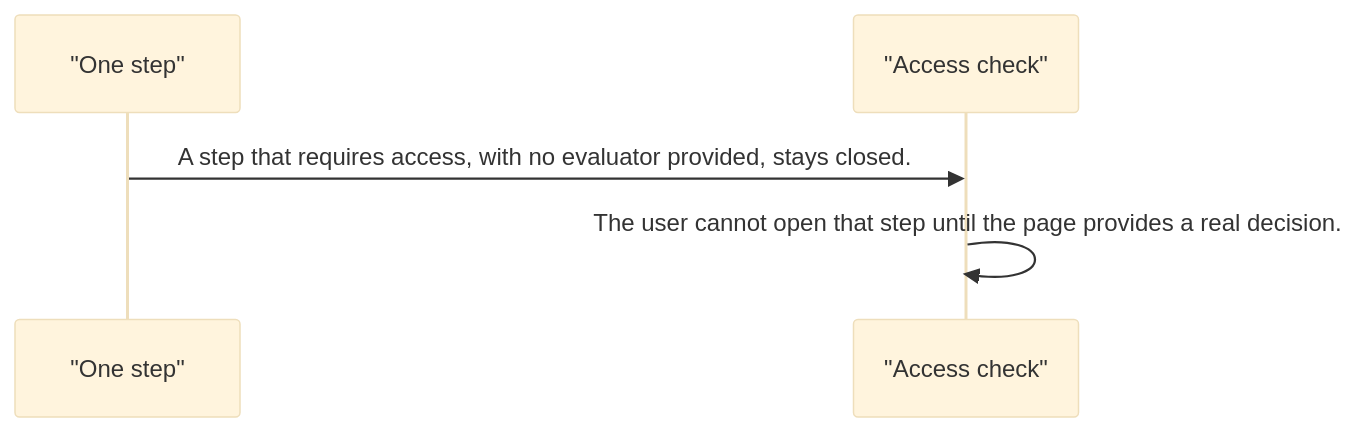
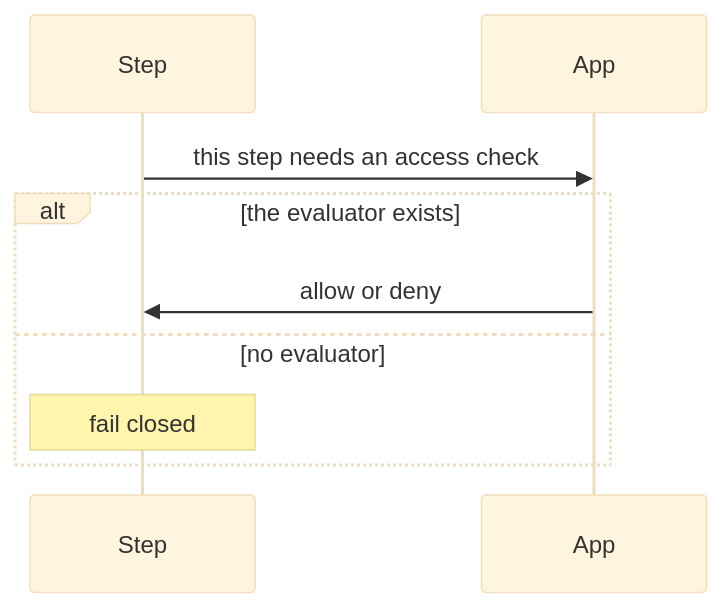
One commit to RajshekharBorate/pixel-ui changed the fourth of 4 diagrams in projects/pixel-ui/src/lib/pixel-stepper/DESIGN.md. Above: the diagram before and after it, drawn with Mermaid (base theme). The commit also changed other lines of this file and 73 other files, not shown here.

Commit message:
Explain who owns each value and what each flow does in every component and service design.

````diff
--- a/projects/pixel-ui/src/lib/pixel-stepper/DESIGN.md
+++ b/projects/pixel-ui/src/lib/pixel-stepper/DESIGN.md
@@ -76,7 +95,11 @@
 ```mermaid
 sequenceDiagram
-  participant step as "One step"
-  participant access as "Access check"
-  step->>access: A step that requires access, with no evaluator provided, stays closed.
-  access->>access: The user cannot open that step until the page provides a real decision.
+  participant Step
+  participant App
+  Step->>App: this step needs an access check
+  alt the evaluator exists
+    App->>Step: allow or deny
+  else no evaluator
+    Note over Step: fail closed
+  end
 ```
````
